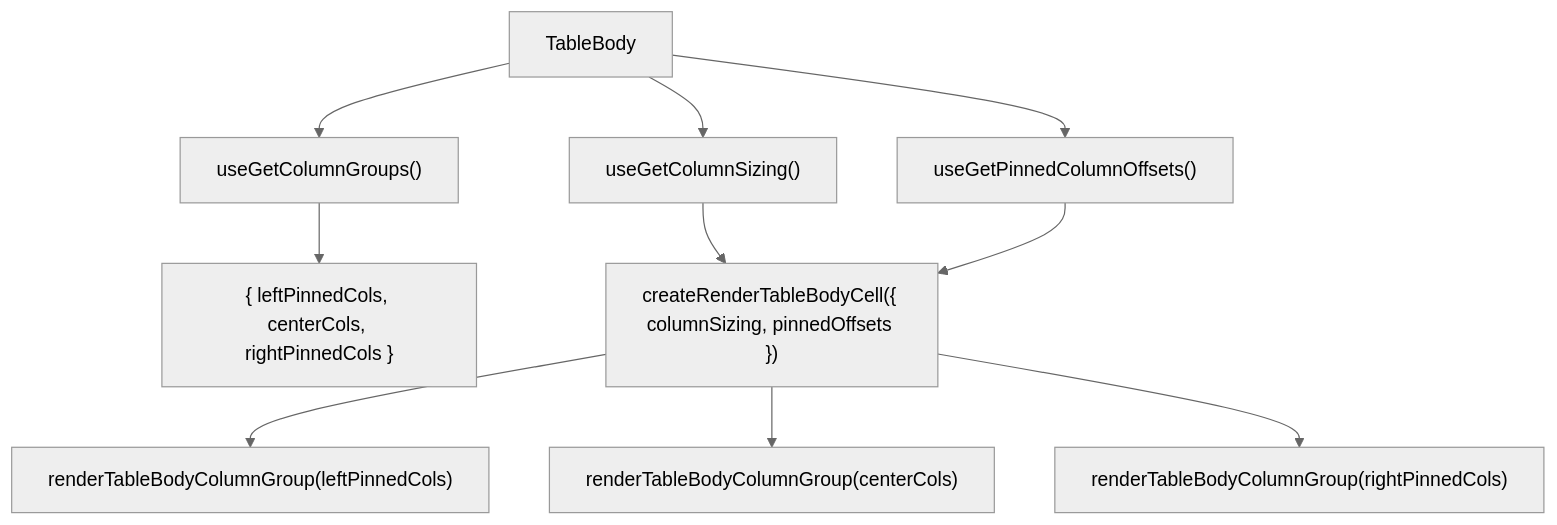
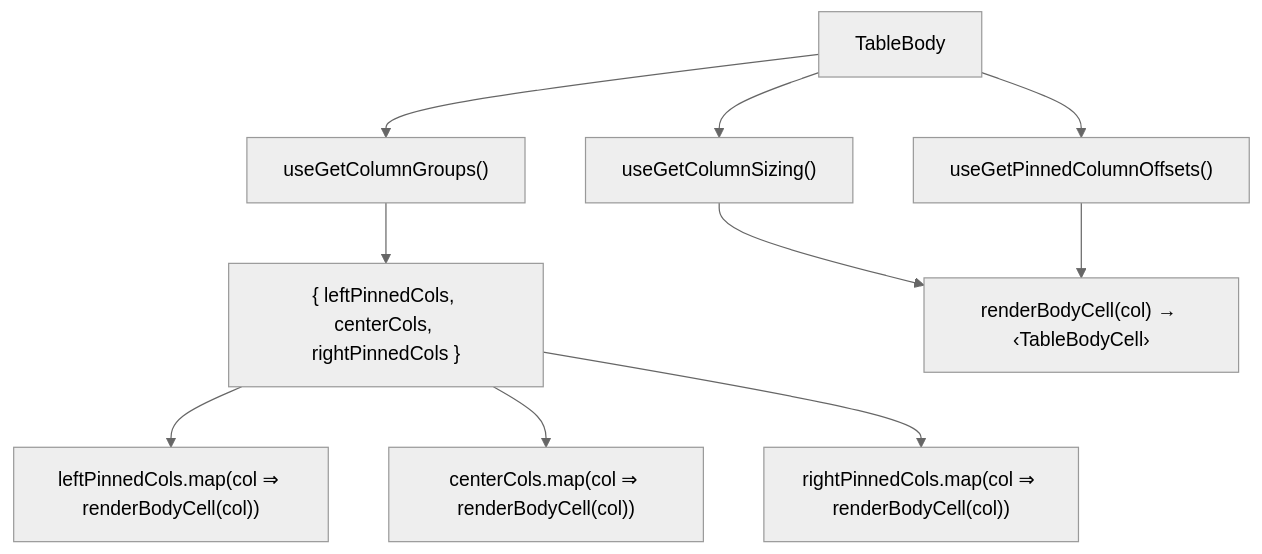
The second of 2 diagrams in src/components/Table/TableBody/ARCHITECTURE.md (luciocabrera/lcabrera-stack), drawn with Mermaid (neutral theme) before and after one commit. The commit also changed other lines of this file and 1 other file, not shown here.

Commit message:
feat(Table): refactor TableBody to use TableBodyCell for rendering cells

````diff
--- a/src/components/Table/TableBody/ARCHITECTURE.md
+++ b/src/components/Table/TableBody/ARCHITECTURE.md
@@ -65,14 +65,14 @@
 ```mermaid
 graph TD
   TB["TableBody"] --> CG["useGetColumnGroups()"]
   TB --> CS["useGetColumnSizing()"]
   TB --> PO["useGetPinnedColumnOffsets()"]
 
   CG --> groups["{ leftPinnedCols, centerCols, rightPinnedCols }"]
-  CS --> renderer["createRenderTableBodyCell({ columnSizing, pinnedOffsets })"]
-  PO --> renderer
+  CS --> cell["renderBodyCell(col) → ‹TableBodyCell›"]
+  PO --> cell
 
-  renderer --> left["renderTableBodyColumnGroup(leftPinnedCols)"]
-  renderer --> center["renderTableBodyColumnGroup(centerCols)"]
-  renderer --> right["renderTableBodyColumnGroup(rightPinnedCols)"]
+  groups --> left["leftPinnedCols.map(col ⇒ renderBodyCell(col))"]
+  groups --> center["centerCols.map(col ⇒ renderBodyCell(col))"]
+  groups --> right["rightPinnedCols.map(col ⇒ renderBodyCell(col))"]
 ```
````
